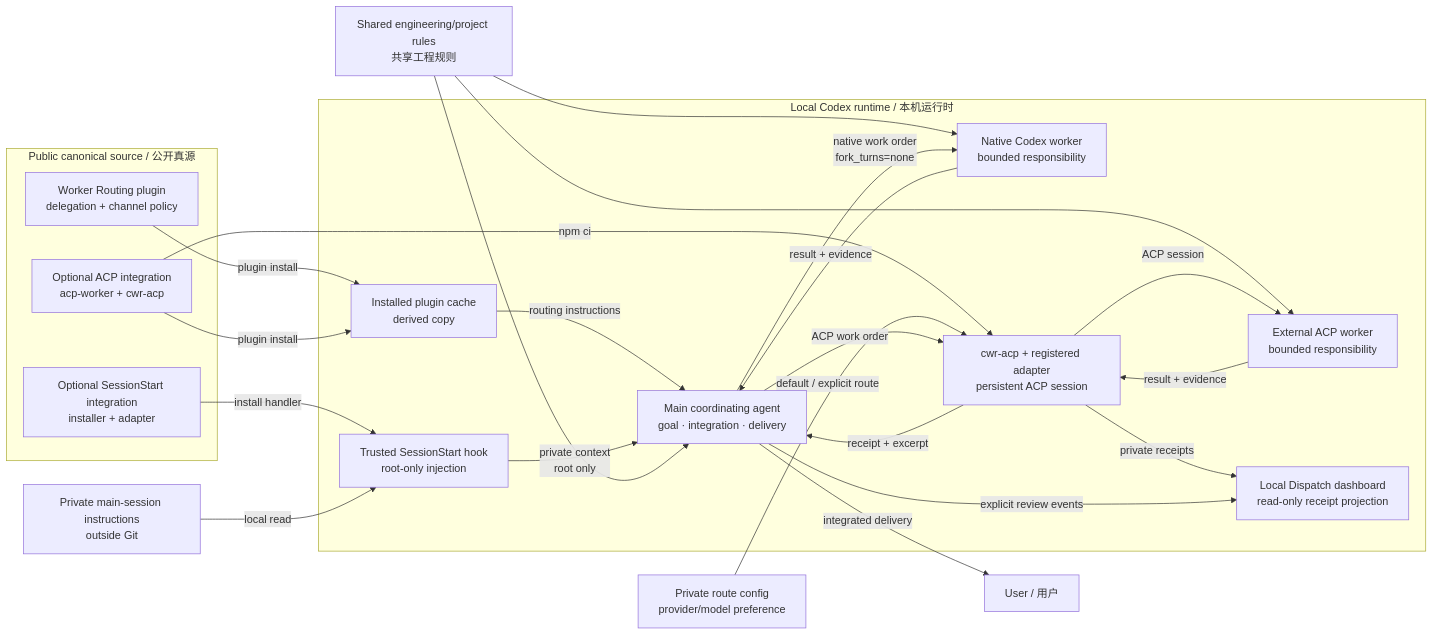
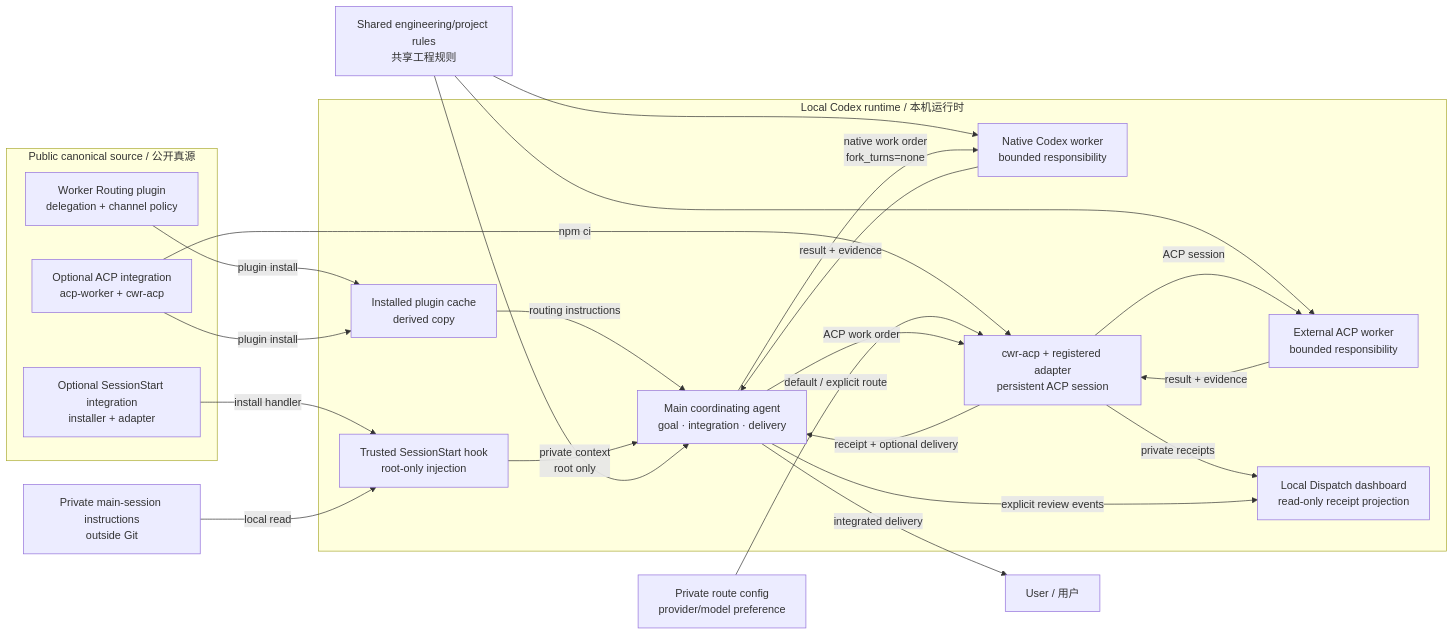
The diagram in README.en.md (IndelibleVivi/codex-worker-routing), drawn with Mermaid before and after one commit. The commit also changed other lines of this file and 45 other files, not shown here.

````diff
--- a/README.en.md
+++ b/README.en.md
@@ -82,44 +82,44 @@
 ```mermaid
 flowchart LR
   subgraph Source["Public canonical source / 公开真源"]
     Policy["Worker Routing plugin<br/>delegation + channel policy"]
     ACPSource["Optional ACP integration<br/>acp-worker + cwr-acp"]
     Adapter["Optional SessionStart integration<br/>installer + adapter"]
   end
 
   subgraph Local["Local Codex runtime / 本机运行时"]
     Cache["Installed plugin cache<br/>derived copy"]
     Hook["Trusted SessionStart hook<br/>root-only injection"]
     Main["Main coordinating agent<br/>goal · integration · delivery"]
     Native["Native Codex worker<br/>bounded responsibility"]
     ACPBridge["cwr-acp + registered adapter<br/>persistent ACP session"]
     External["External ACP worker<br/>bounded responsibility"]
     Dispatch["Local Dispatch dashboard<br/>read-only receipt projection"]
   end
 
   Private["Private main-session instructions<br/>outside Git"]
   RouteConfig["Private route config<br/>provider/model preference"]
   Shared["Shared engineering/project rules<br/>共享工程规则"]
   User["User / 用户"]
 
   Policy -->|plugin install| Cache
   ACPSource -->|plugin install| Cache
   ACPSource -->|npm ci| ACPBridge
   Cache -->|routing instructions| Main
   Adapter -->|install handler| Hook
   Private -->|local read| Hook
   Hook -->|private context<br/>root only| Main
   RouteConfig -->|default / explicit route| ACPBridge
   Shared --> Main
   Shared --> Native
   Shared --> External
   Main -->|native work order<br/>fork_turns=none| Native
   Native -->|result + evidence| Main
   Main -->|ACP work order| ACPBridge
   ACPBridge -->|ACP session| External
   External -->|result + evidence| ACPBridge
-  ACPBridge -->|receipt + excerpt| Main
+  ACPBridge -->|receipt + optional delivery| Main
   ACPBridge -->|private receipts| Dispatch
   Main -->|explicit review events| Dispatch
   Main -->|integrated delivery| User
 ```
````
